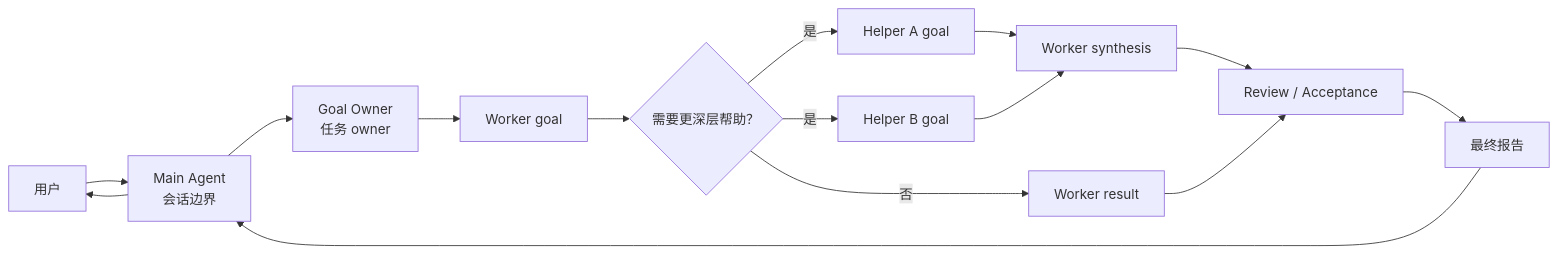
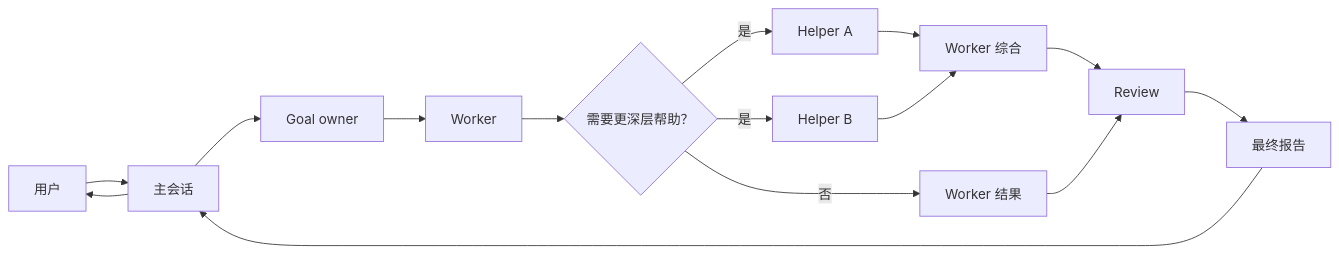
Before and after one commit to patrick-fu/awesome-skills: the third of 3 diagrams in parallel-goal-workflows/README.zh-CN.md, drawn with Mermaid. The commit also changed other lines of this file and 7 other files, not shown here.

````diff
--- a/parallel-goal-workflows/README.zh-CN.md
+++ b/parallel-goal-workflows/README.zh-CN.md
@@ -126,17 +112,17 @@
 ```mermaid
 flowchart LR
-  User["用户"] --> Main["Main Agent<br/>会话边界"]
-  Main --> Owner["Goal Owner<br/>任务 owner"]
-  Owner --> W["Worker goal"]
+  User["用户"] --> Main["主会话"]
+  Main --> Owner["Goal owner"]
+  Owner --> W["Worker"]
   W --> Decision{"需要更深层帮助？"}
-  Decision -- "是" --> A["Helper A goal"]
-  Decision -- "是" --> B["Helper B goal"]
-  A --> S["Worker synthesis"]
+  Decision -- "是" --> A["Helper A"]
+  Decision -- "是" --> B["Helper B"]
+  A --> S["Worker 综合"]
   B --> S
-  Decision -- "否" --> Direct["Worker result"]
-  S --> Review["Review / Acceptance"]
+  Decision -- "否" --> Direct["Worker 结果"]
+  S --> Review["Review"]
   Direct --> Review
   Review --> Report["最终报告"]
   Report --> Main
   Main --> User
 ```
````
